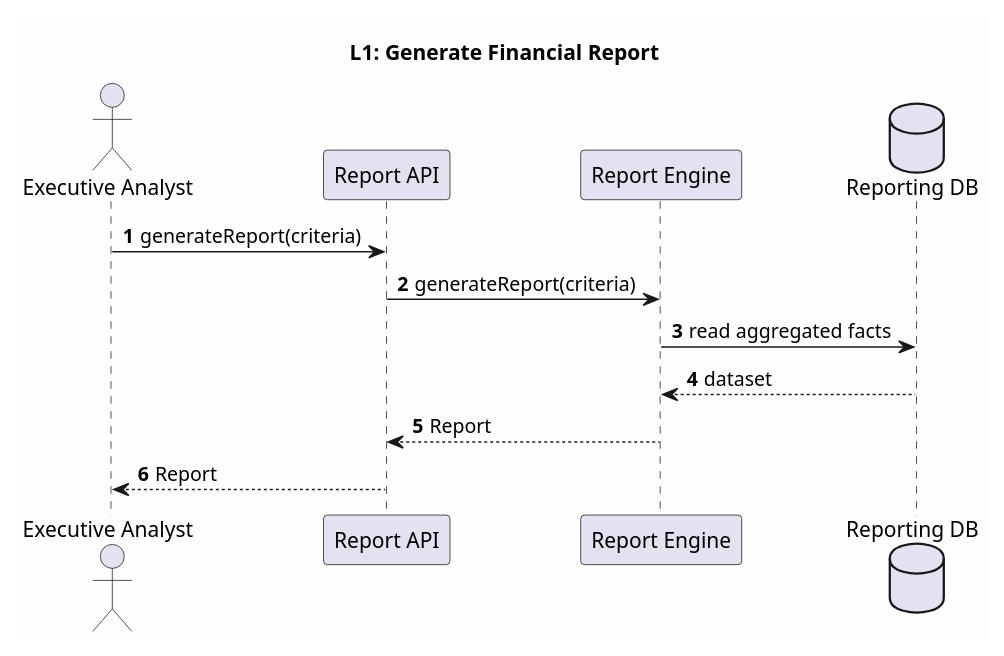
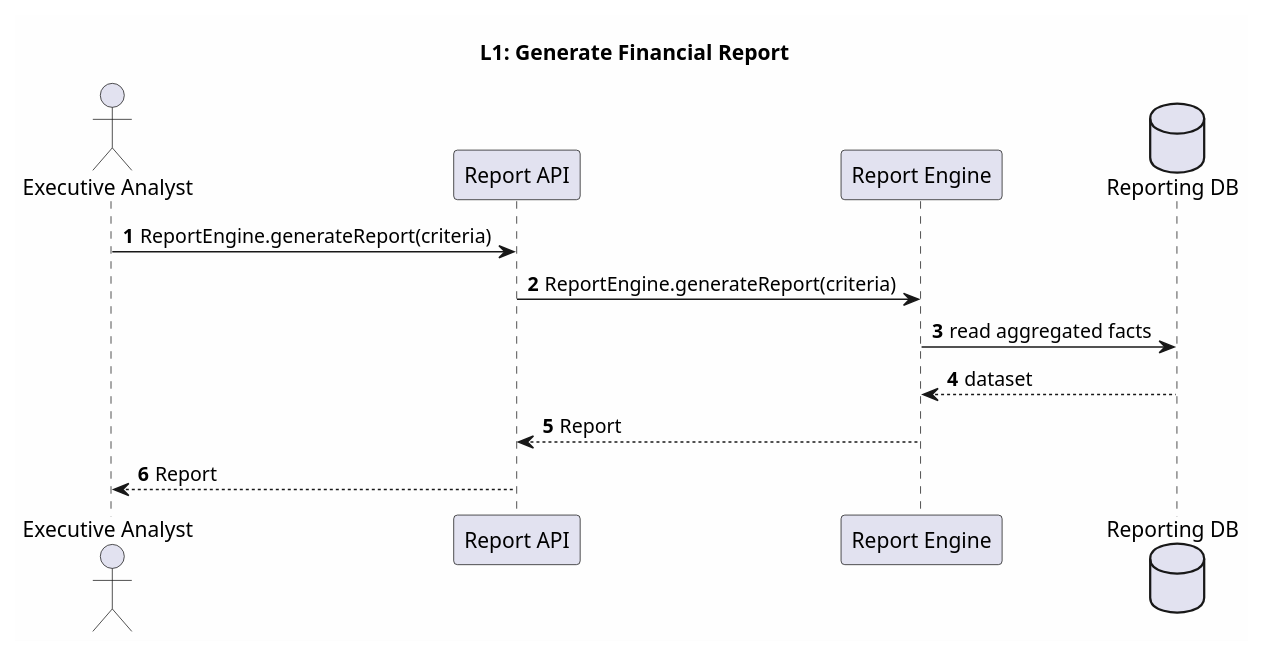
The first of 6 diagrams in docs/02_architecture/ARCH_integrated-hr-finance-procurement-uml-sequence-communication_v1.md (Shakour-Data/BedaanWaves), drawn with PlantUML before and after one commit. The commit also changed other lines of this file and 18 other files, not shown here.

Commit message:
Update middleware, API routes, gateway, tracing, rate limiter, main, and architecture diagrams

````diff
--- a/docs/02_architecture/ARCH_integrated-hr-finance-procurement-uml-sequence-communication_v1.md
+++ b/docs/02_architecture/ARCH_integrated-hr-finance-procurement-uml-sequence-communication_v1.md
@@ -24,21 +24,21 @@
 ```plantuml
 @startuml ARCH-L1-Sequence-Report
 skinparam backgroundColor #FEFEFE
 autonumber
 
 title L1: Generate Financial Report
 
 actor "Executive Analyst" as EXEC
 participant "Report API" as API
 participant "Report Engine" as ENGINE
 database "Reporting DB" as DB
 
-EXEC -> API : generateReport(criteria)
-API -> ENGINE : generateReport(criteria)
+EXEC -> API : ReportEngine.generateReport(criteria)
+API -> ENGINE : ReportEngine.generateReport(criteria)
 ENGINE -> DB : read aggregated facts
 DB --> ENGINE : dataset
 ENGINE --> API : Report
 API --> EXEC : Report
 
 @enduml
 ```
````
